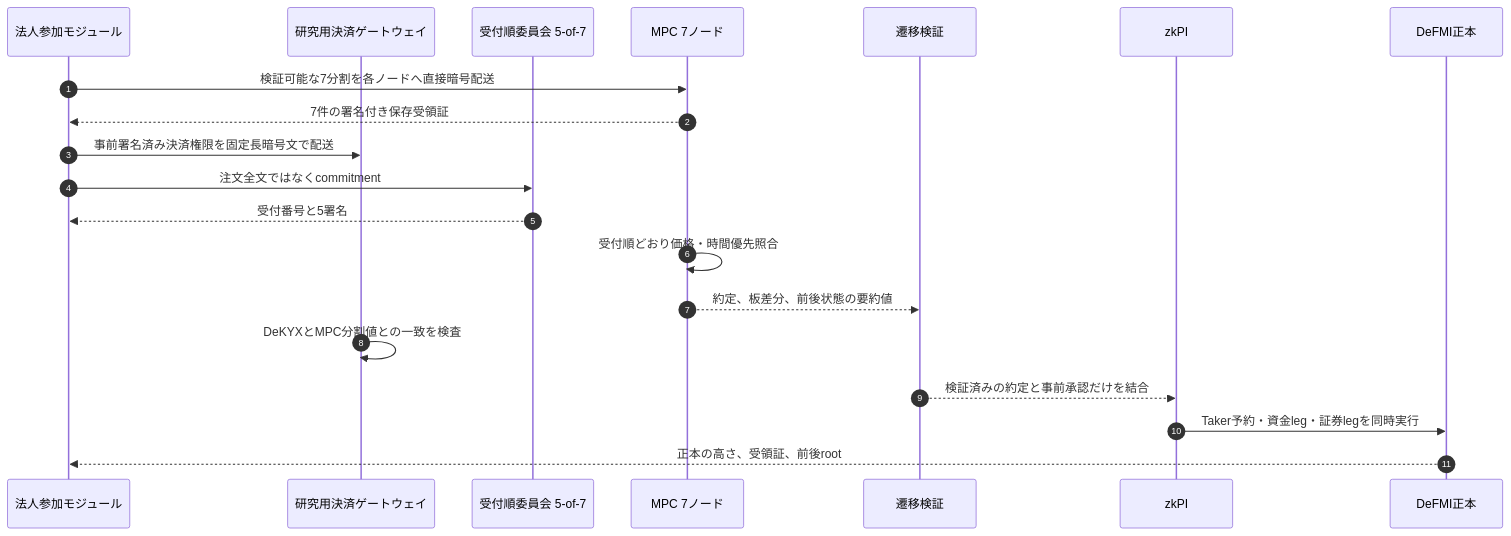
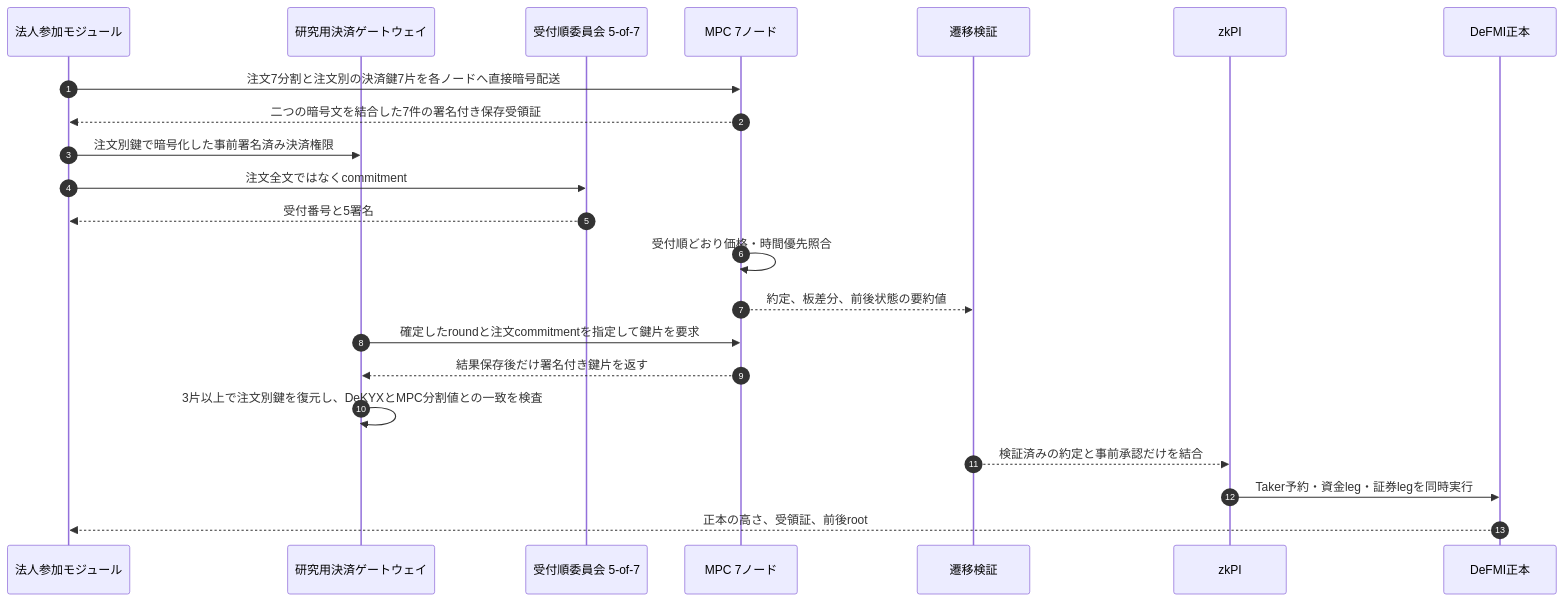
One commit to zkFMI/oclob changed the first of 2 diagrams in docs/ARCHITECTURE.md. Above: the diagram before and after it, drawn with Mermaid. The commit also changed other lines of this file and 19 other files, not shown here.

````diff
--- a/docs/ARCHITECTURE.md
+++ b/docs/ARCHITECTURE.md
@@ -16,23 +16,25 @@
 ```mermaid
 sequenceDiagram
     autonumber
     participant U as 法人参加モジュール
     participant G as 研究用決済ゲートウェイ
     participant O as 受付順委員会 5-of-7
     participant M as MPC 7ノード
     participant P as 遷移検証
     participant Z as zkPI
     participant L as DeFMI正本
 
-    U->>M: 検証可能な7分割を各ノードへ直接暗号配送
-    M-->>U: 7件の署名付き保存受領証
-    U->>G: 事前署名済み決済権限を固定長暗号文で配送
+    U->>M: 注文7分割と注文別の決済鍵7片を各ノードへ直接暗号配送
+    M-->>U: 二つの暗号文を結合した7件の署名付き保存受領証
+    U->>G: 注文別鍵で暗号化した事前署名済み決済権限
     U->>O: 注文全文ではなくcommitment
     O-->>U: 受付番号と5署名
     M->>M: 受付順どおり価格・時間優先照合
     M-->>P: 約定、板差分、前後状態の要約値
-    G->>G: DeKYXとMPC分割値との一致を検査
+    G->>M: 確定したroundと注文commitmentを指定して鍵片を要求
+    M-->>G: 結果保存後だけ署名付き鍵片を返す
+    G->>G: 3片以上で注文別鍵を復元し、DeKYXとMPC分割値との一致を検査
     P-->>Z: 検証済みの約定と事前承認だけを結合
     Z->>L: Taker予約・資金leg・証券legを同時実行
     L-->>U: 正本の高さ、受領証、前後root
 ```
````
